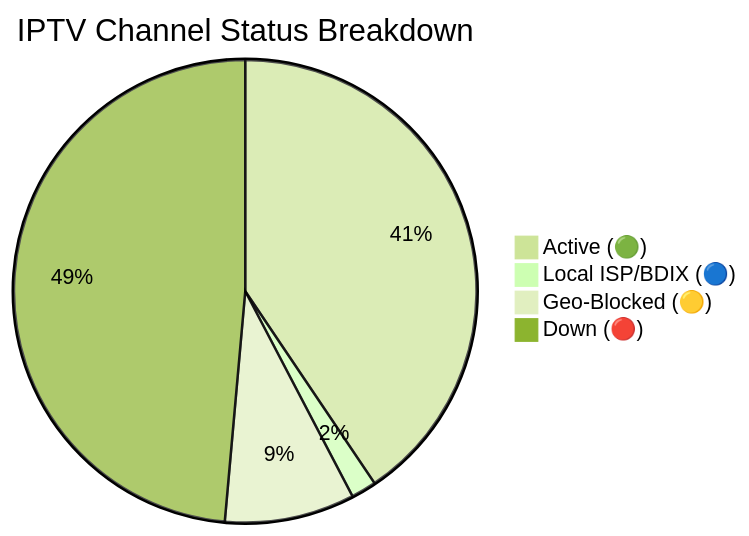
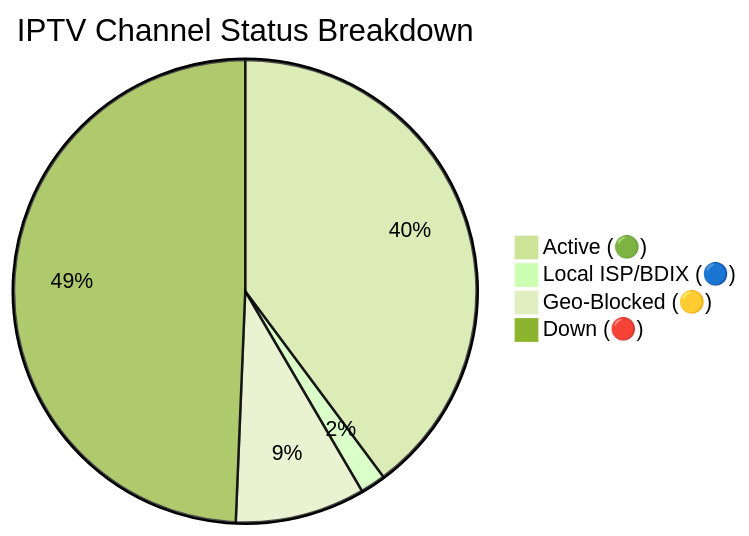
Before and after one commit to andreataylord/Ip-tv-Collection: the diagram in README.md, drawn with Mermaid (forest theme). The commit also changed other lines of this file and 1 other file, not shown here.

Commit message:
docs(readme): auto-update daily channel status chart

````diff
--- a/README.md
+++ b/README.md
@@ -59,7 +59,7 @@
 ```mermaid
 pie title IPTV Channel Status Breakdown
-    "Active (🟢)" : 2943
+    "Active (🟢)" : 2889
     "Local ISP/BDIX (🔵)" : 128
-    "Geo-Blocked (🟡)" : 659
-    "Down (🔴)" : 3525
+    "Geo-Blocked (🟡)" : 658
+    "Down (🔴)" : 3580
 ```
````
